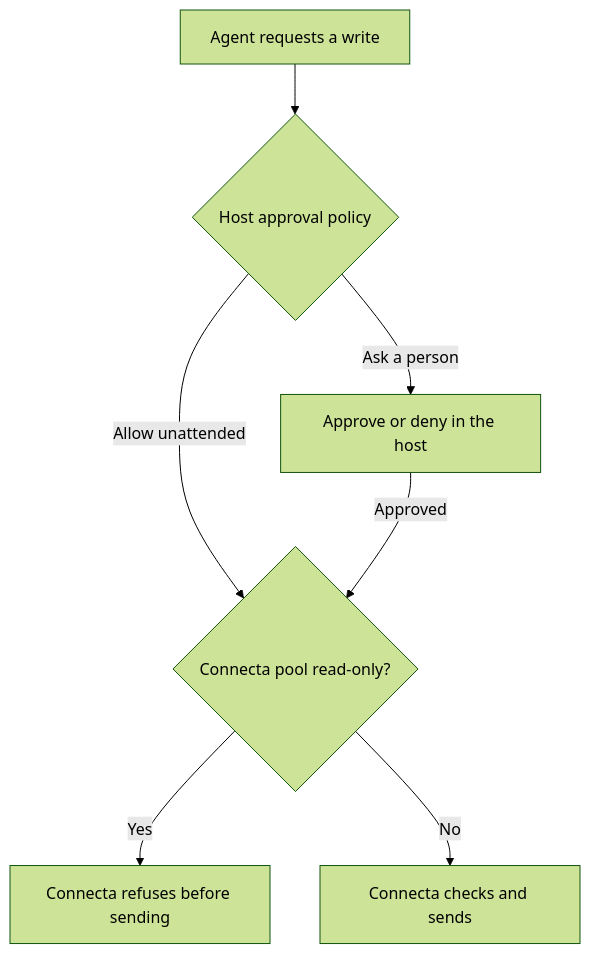
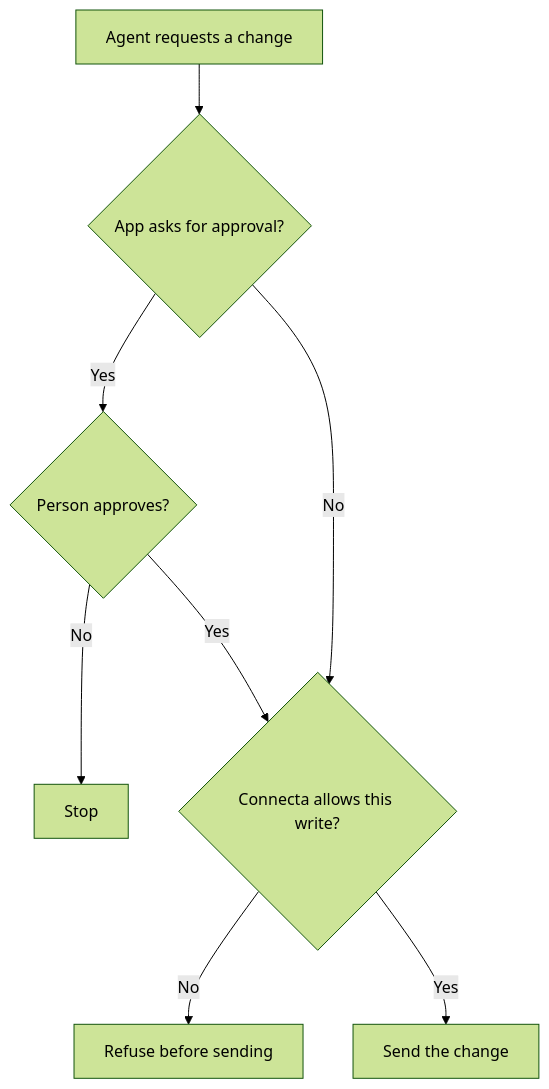
One commit to zackbart/connecta changed the third of 3 diagrams in guides/connecting-agents.md. Above: the diagram before and after it, drawn with Mermaid (forest theme). The commit also changed other lines of this file and 9 other files, not shown here.

````diff
--- a/guides/connecting-agents.md
+++ b/guides/connecting-agents.md
@@ -143,9 +118,10 @@
 ```mermaid
 flowchart TB
-    Call["Agent requests a write"] --> Host{"Host approval policy"}
-    Host -->|Ask a person| Decision["Approve or deny in the host"]
-    Host -->|Allow unattended| Pool{"Connecta pool read-only?"}
-    Decision -->|Approved| Pool
-    Pool -->|Yes| Refuse["Connecta refuses before sending"]
-    Pool -->|No| Send["Connecta checks and sends"]
+    Call["Agent requests a change"] --> Ask{"App asks for approval?"}
+    Ask -->|Yes| Approved{"Person approves?"}
+    Approved -->|No| Stop["Stop"]
+    Approved -->|Yes| Pool{"Connecta allows this write?"}
+    Ask -->|No| Pool
+    Pool -->|No| Refuse["Refuse before sending"]
+    Pool -->|Yes| Send["Send the change"]
 ```
````
